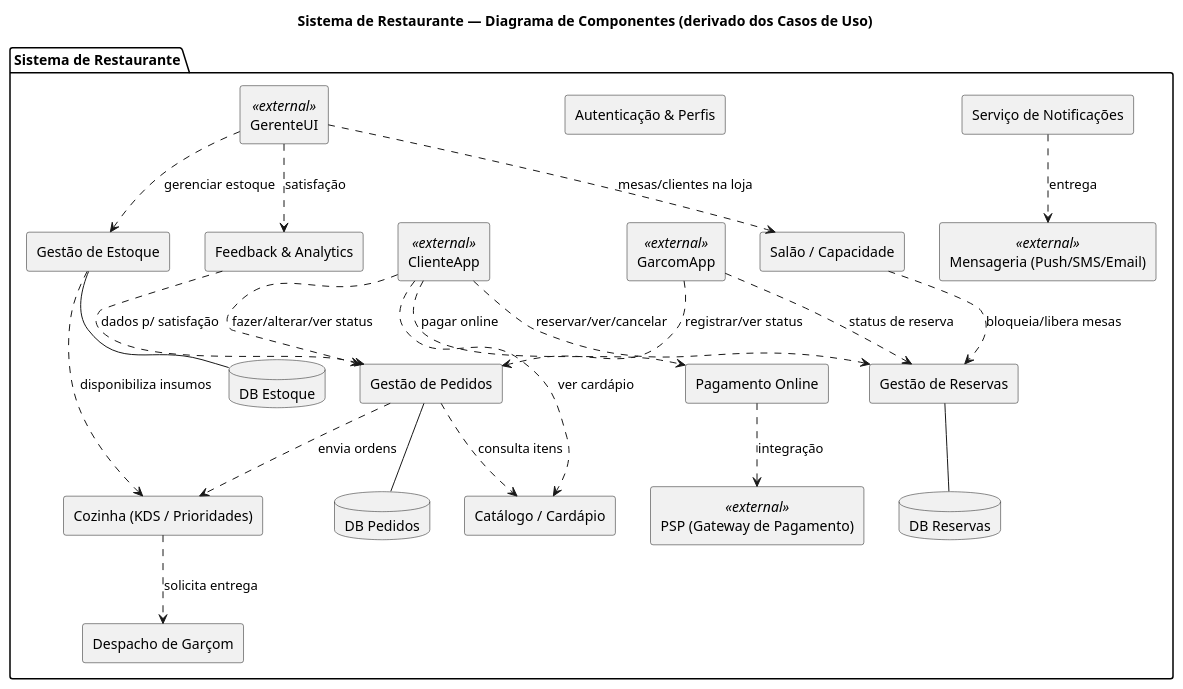
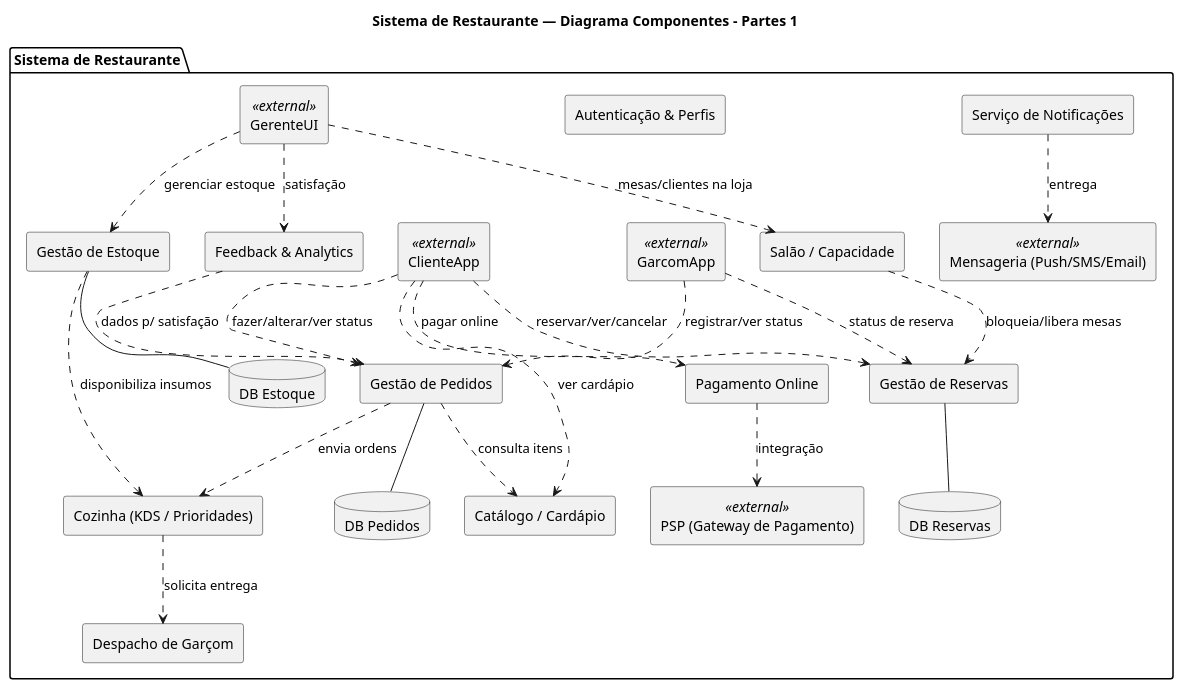
One commit to carloshenriquehannas/TCC changed the diagram in Restaurante/componentes-restaurante-partes1.puml. Above: the diagram before and after it, drawn with PlantUML. The commit also changed 1 other file, not shown here.

Commit message:
Alteracao do titulo dos diagramas de componentes com prompt livre

```diff
--- a/Restaurante/componentes-restaurante-partes1.puml
+++ b/Restaurante/componentes-restaurante-partes1.puml
@@ -1,59 +1,59 @@
-@startuml
-title Sistema de Restaurante — Diagrama de Componentes (derivado dos Casos de Uso)
+@startuml componentes - restaurante - partes1
+title Sistema de Restaurante — Diagrama Componentes - Partes 1
 skinparam componentStyle rectangle
 
 package "Sistema de Restaurante" as SR {
 
   [Catálogo / Cardápio]            as Catalogo
   [Gestão de Reservas]             as Reservas
   [Gestão de Pedidos]              as Pedidos
   [Cozinha (KDS / Prioridades)]    as Cozinha
   [Despacho de Garçom]             as Dispatch
   [Salão / Capacidade]             as Salao
   [Gestão de Estoque]              as Estoque
   [Feedback & Analytics]           as Analytics
   [Serviço de Notificações]        as Notificacoes
   [Pagamento Online]               as Pagamento
   [Autenticação & Perfis]          as Auth
 
   ' Relações internas coerentes com os casos de uso
   Pedidos ..> Catalogo    : consulta itens
   Pedidos ..> Cozinha     : envia ordens
   Cozinha ..> Dispatch    : solicita entrega
   Estoque ..> Cozinha     : disponibiliza insumos
   Salao ..> Reservas      : bloqueia/libera mesas
   Analytics ..> Pedidos   : dados p/ satisfação
 
   ' Front-ends (atores como clientes)
   [ClienteApp]  <<external>>
   [GarcomApp]   <<external>>
   [GerenteUI]   <<external>>
 
   ClienteApp ..> Catalogo    : ver cardápio
   ClienteApp ..> Pedidos     : fazer/alterar/ver status
   ClienteApp ..> Reservas    : reservar/ver/cancelar
   ClienteApp ..> Pagamento   : pagar online
 
   GarcomApp  ..> Pedidos     : registrar/ver status
   GarcomApp  ..> Reservas    : status de reserva
 
   GerenteUI  ..> Salao       : mesas/clientes na loja
   GerenteUI  ..> Estoque     : gerenciar estoque
   GerenteUI  ..> Analytics   : satisfação
 
   ' Serviços externos
   [PSP (Gateway de Pagamento)] as PSP <<external>>
   [Mensageria (Push/SMS/Email)] as MSG <<external>>
   Pagamento ..> PSP : integração
   Notificacoes ..> MSG : entrega
 
   ' (Opcional) Bancos de dados como componentes
   database "DB Reservas" as DBR
   database "DB Pedidos"  as DBP
   database "DB Estoque"  as DBE
   Reservas -- DBR
   Pedidos  -- DBP
   Estoque  -- DBE
 }
 
 @enduml
```
